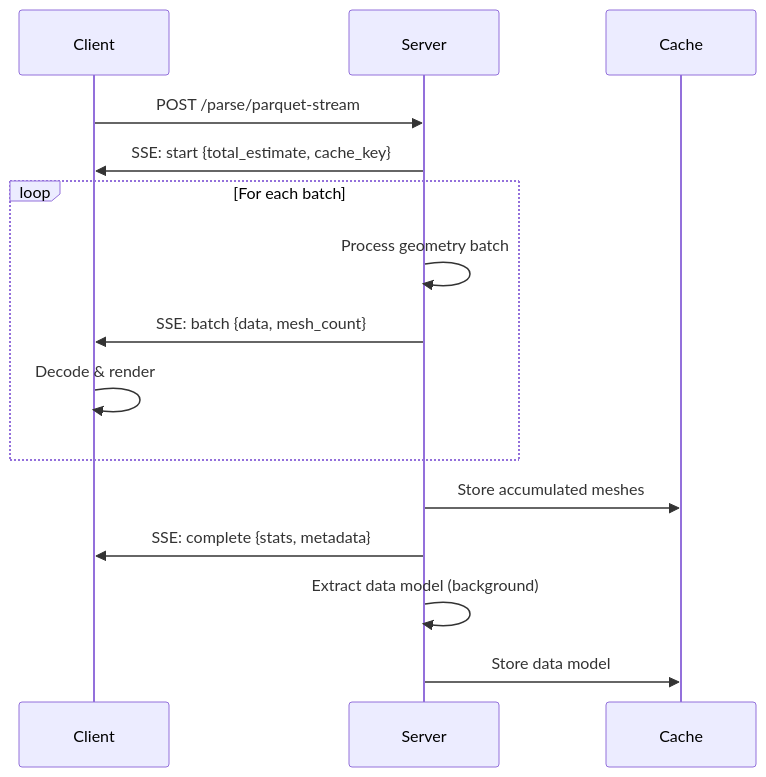
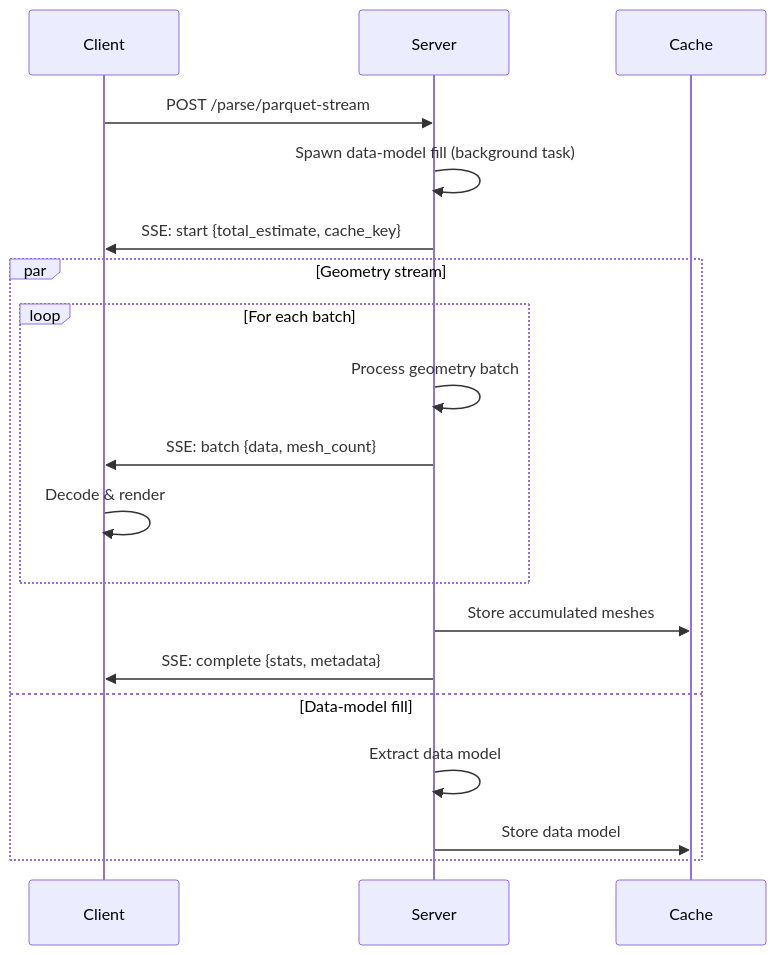
One commit to LTplus-AG/ifc-lite changed the third of 3 diagrams in docs/guide/server.md. Above: the diagram before and after it, drawn with Mermaid. The commit also changed other lines of this file and 8 other files, not shown here.

````diff
--- a/docs/guide/server.md
+++ b/docs/guide/server.md
@@ -1000,20 +1001,23 @@
 ```mermaid
 sequenceDiagram
     participant Client
     participant Server
     participant Cache
 
     Client->>Server: POST /parse/parquet-stream
+    Server->>Server: Spawn data-model fill (background task)
     Server->>Client: SSE: start {total_estimate, cache_key}
 
-    loop For each batch
-        Server->>Server: Process geometry batch
-        Server->>Client: SSE: batch {data, mesh_count}
-        Client->>Client: Decode & render
+    par Geometry stream
+        loop For each batch
+            Server->>Server: Process geometry batch
+            Server->>Client: SSE: batch {data, mesh_count}
+            Client->>Client: Decode & render
+        end
+        Server->>Cache: Store accumulated meshes
+        Server->>Client: SSE: complete {stats, metadata}
+    and Data-model fill
+        Server->>Server: Extract data model
+        Server->>Cache: Store data model
     end
-
-    Server->>Cache: Store accumulated meshes
-    Server->>Client: SSE: complete {stats, metadata}
-    Server->>Server: Extract data model (background)
-    Server->>Cache: Store data model
 ```
````
